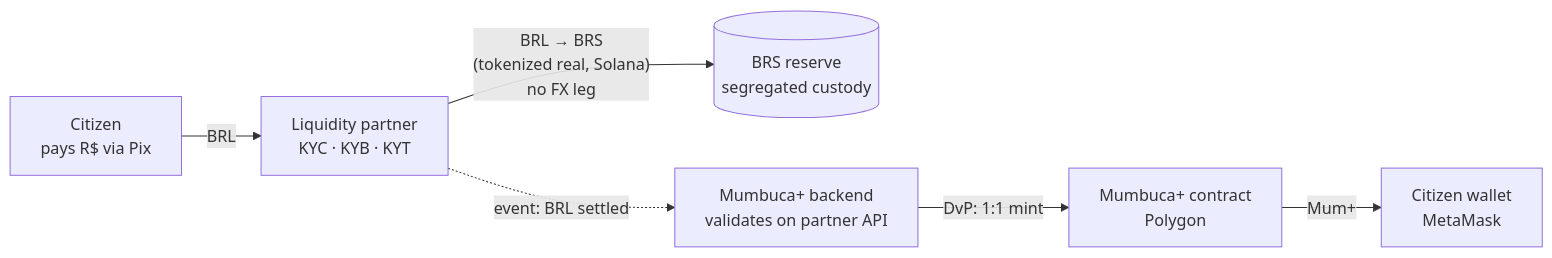
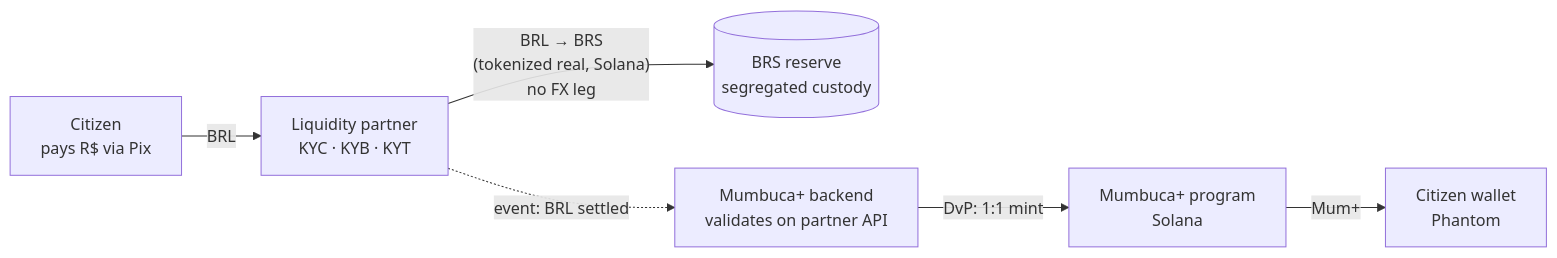
The first of 4 diagrams in README.en.md (Peragus01/Mumbuca-plus), drawn with Mermaid before and after one commit. The commit also changed other lines of this file and 1 other file, not shown here.

Commit message:
docs: switch READMEs from Polygon to Solana (Anchor program, Token-2022, PDA receipts)

````diff
--- a/README.en.md
+++ b/README.en.md
@@ -58,8 +58,8 @@
 ```mermaid
 flowchart LR
     A["Citizen<br/>pays R$ via Pix"] -->|BRL| B["Liquidity partner<br/>KYC · KYB · KYT"]
     B -->|"BRL → BRS<br/>(tokenized real, Solana)<br/>no FX leg"| C[("BRS reserve<br/>segregated custody")]
     B -.->|"event: BRL settled"| D["Mumbuca+ backend<br/>validates on partner API"]
-    D -->|"DvP: 1:1 mint"| E["Mumbuca+ contract<br/>Polygon"]
-    E -->|"Mum+"| F["Citizen wallet<br/>MetaMask"]
+    D -->|"DvP: 1:1 mint"| E["Mumbuca+ program<br/>Solana"]
+    E -->|"Mum+"| F["Citizen wallet<br/>Phantom"]
 ```
````
